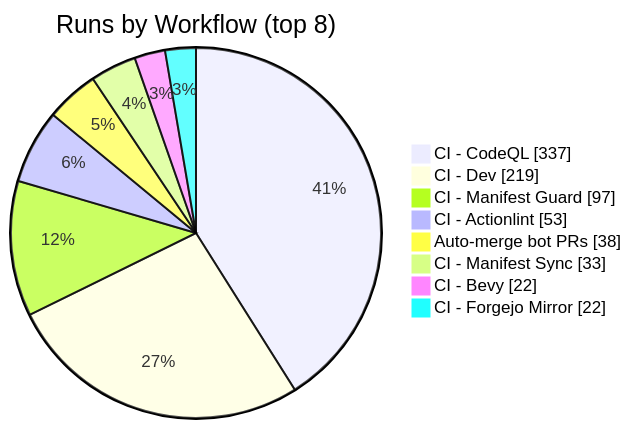
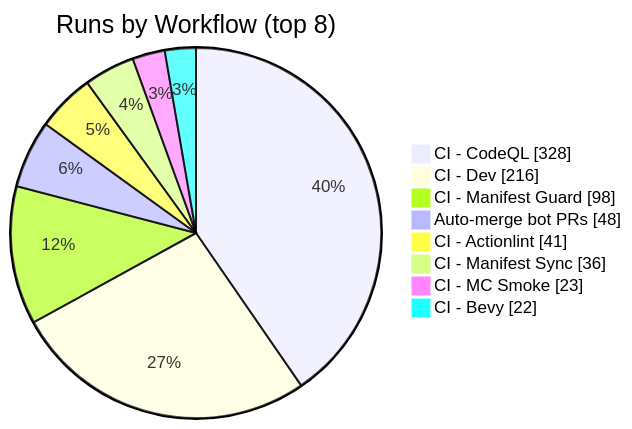
The second of 2 diagrams in apps/kbve/astro-kbve/src/content/docs/dashboard/ci-health.mdx (KBVE/kbve), drawn with Mermaid before and after one commit. The commit also changed other lines of this file and 1 other file, not shown here.

````diff
--- a/apps/kbve/astro-kbve/src/content/docs/dashboard/ci-health.mdx
+++ b/apps/kbve/astro-kbve/src/content/docs/dashboard/ci-health.mdx
@@ -201,12 +201,12 @@
 ```mermaid
 pie showData
     title Runs by Workflow (top 8)
-    "CI - CodeQL" : 337
-    "CI - Dev" : 219
-    "CI - Manifest Guard" : 97
-    "CI - Actionlint" : 53
-    "Auto-merge bot PRs" : 38
-    "CI - Manifest Sync" : 33
+    "CI - CodeQL" : 328
+    "CI - Dev" : 216
+    "CI - Manifest Guard" : 98
+    "Auto-merge bot PRs" : 48
+    "CI - Actionlint" : 41
+    "CI - Manifest Sync" : 36
+    "CI - MC Smoke" : 23
     "CI - Bevy" : 22
-    "CI - Forgejo Mirror" : 22
 ```
````
